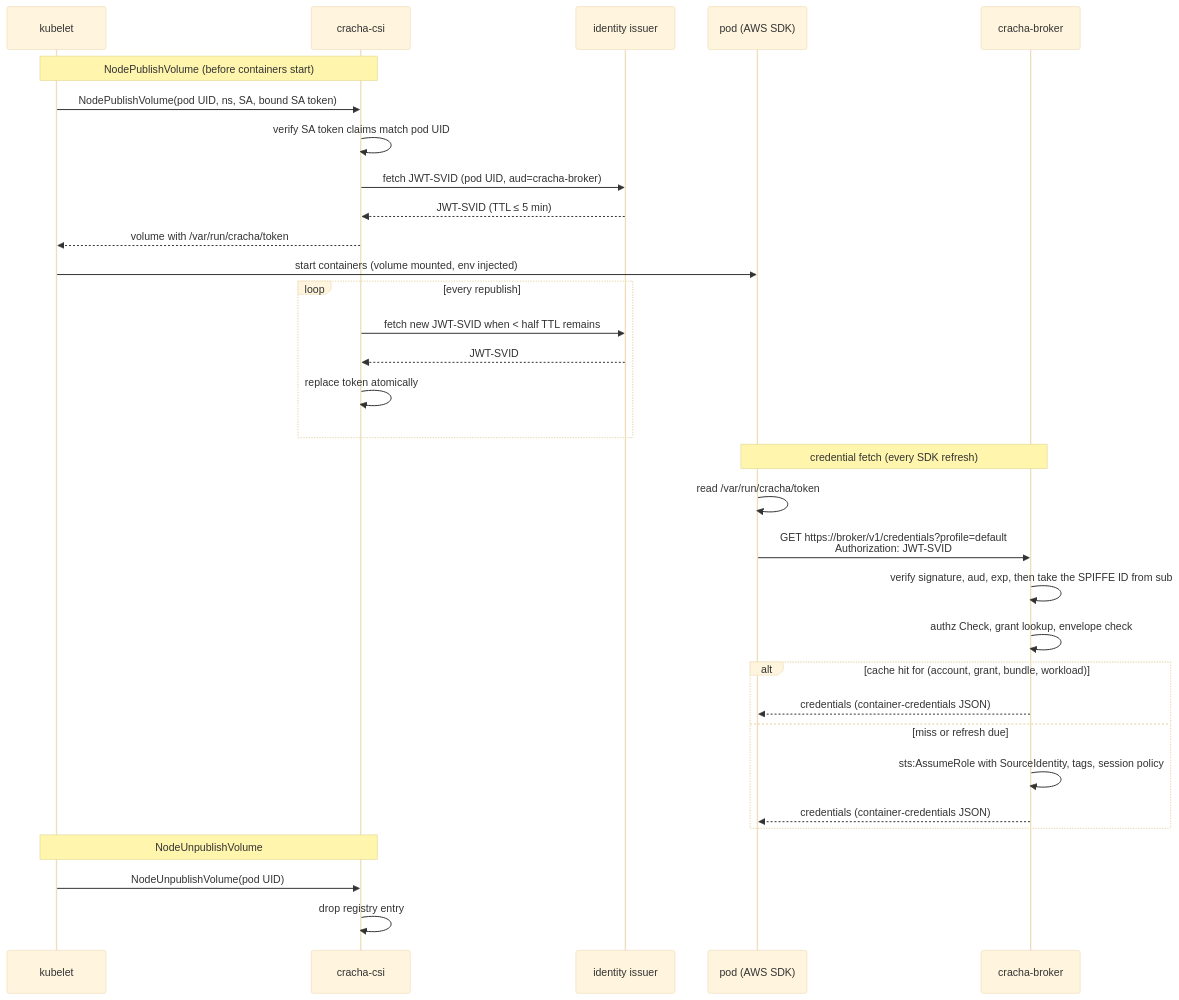
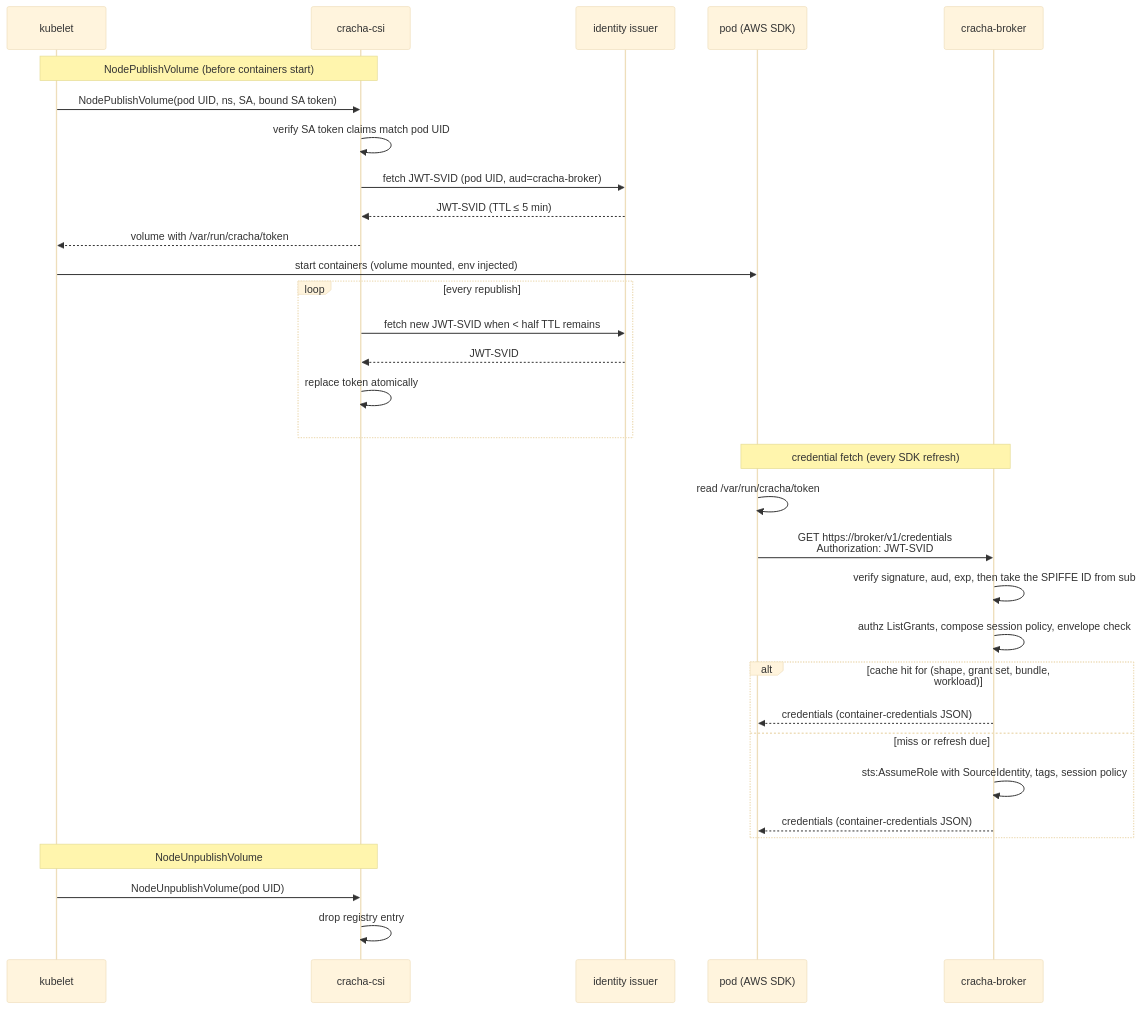
One commit to bpalermo/cracha changed the second of 2 diagrams in docs/design.md. Above: the diagram before and after it, drawn with Mermaid (base theme). The commit also changed other lines of this file, not shown here.

First line of the commit message:
Collapse to a single broker path with one shape per workload

````diff
--- a/docs/design.md
+++ b/docs/design.md
@@ -380,38 +372,38 @@
 ```mermaid
 sequenceDiagram
     participant K as kubelet
     participant N as cracha-csi
     participant I as identity issuer
     participant P as pod (AWS SDK)
     participant B as cracha-broker
 
     Note over K,N: NodePublishVolume (before containers start)
     K->>N: NodePublishVolume(pod UID, ns, SA, bound SA token)
     N->>N: verify SA token claims match pod UID
     N->>I: fetch JWT-SVID (pod UID, aud=cracha-broker)
     I-->>N: JWT-SVID (TTL ≤ 5 min)
     N-->>K: volume with /var/run/cracha/token
     K->>P: start containers (volume mounted, env injected)
 
     loop every republish
         N->>I: fetch new JWT-SVID when < half TTL remains
         I-->>N: JWT-SVID
         N->>N: replace token atomically
     end
 
     Note over P,B: credential fetch (every SDK refresh)
     P->>P: read /var/run/cracha/token
-    P->>B: GET https://broker/v1/credentials?profile=default<br/>Authorization: JWT-SVID
+    P->>B: GET https://broker/v1/credentials<br/>Authorization: JWT-SVID
     B->>B: verify signature, aud, exp, then take the SPIFFE ID from sub
-    B->>B: authz Check, grant lookup, envelope check
-    alt cache hit for (account, grant, bundle, workload)
+    B->>B: authz ListGrants, compose session policy, envelope check
+    alt cache hit for (shape, grant set, bundle, workload)
         B-->>P: credentials (container-credentials JSON)
     else miss or refresh due
         B->>B: sts:AssumeRole with SourceIdentity, tags, session policy
         B-->>P: credentials (container-credentials JSON)
     end
 
     Note over K,N: NodeUnpublishVolume
     K->>N: NodeUnpublishVolume(pod UID)
     N->>N: drop registry entry
 ```
````
